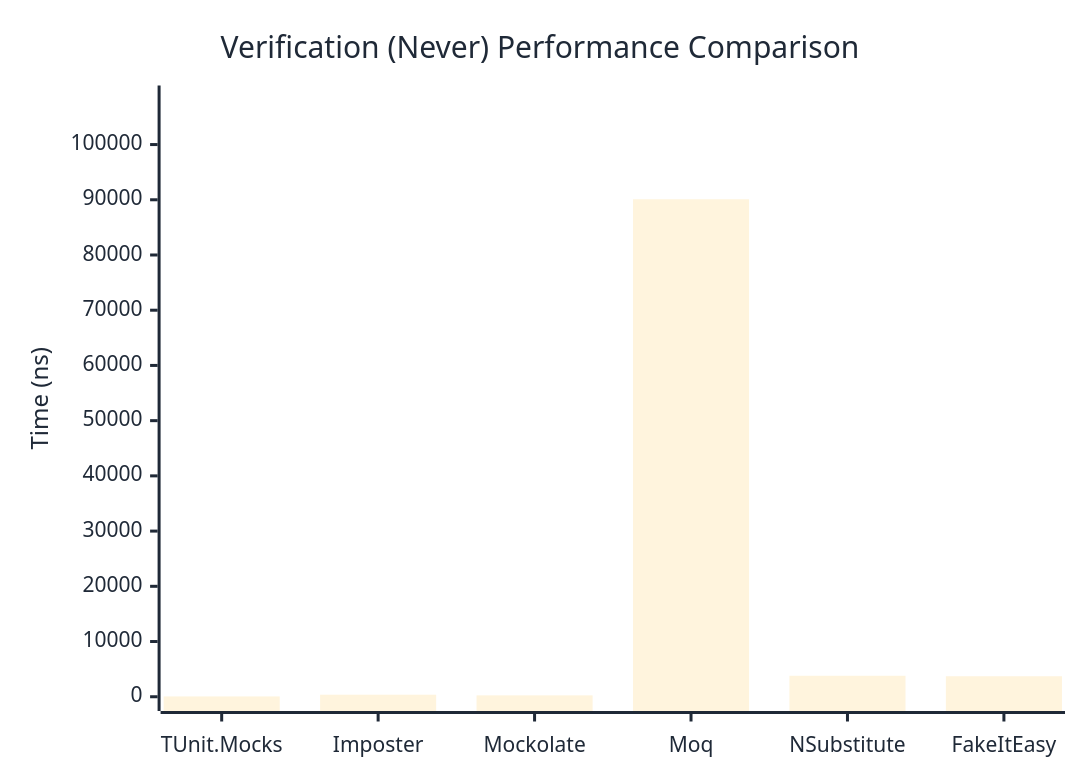
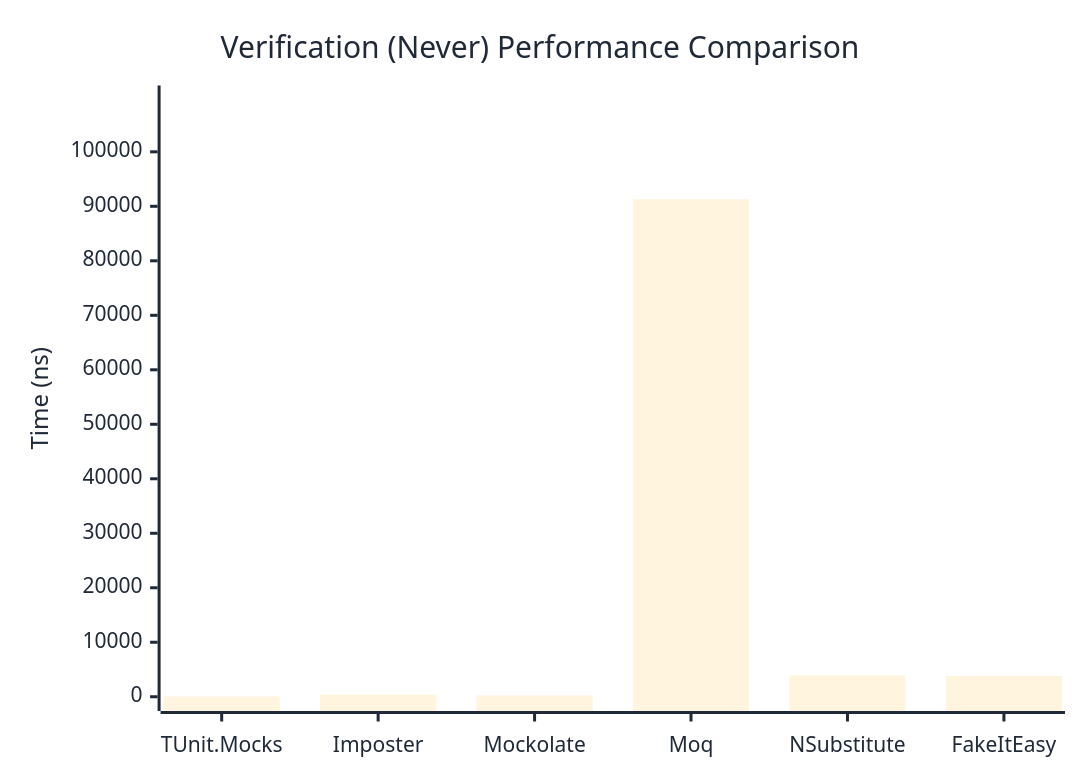
One commit to thomhurst/TUnit changed the second of 3 diagrams in docs/docs/benchmarks/mocks/Verification.md. Above: the diagram before and after it, drawn with Mermaid. The commit also changed other lines of this file and 14 other files, not shown here.

````diff
--- a/docs/docs/benchmarks/mocks/Verification.md
+++ b/docs/docs/benchmarks/mocks/Verification.md
@@ -71,27 +71,27 @@
 ```mermaid
 %%{init: {
   'theme':'base',
   'themeVariables': {
     'primaryColor': '#2563eb',
     'primaryTextColor': '#1f2937',
     'primaryBorderColor': '#1e40af',
     'lineColor': '#6b7280',
     'secondaryColor': '#7c3aed',
     'tertiaryColor': '#dc2626',
     'background': '#ffffff',
     'pie1': '#2563eb',
     'pie2': '#7c3aed',
     'pie3': '#dc2626',
     'pie4': '#f59e0b',
     'pie5': '#10b981',
     'pie6': '#06b6d4',
     'pie7': '#ec4899',
     'pie8': '#6366f1'
   }
 }}%%
 xychart-beta
   title "Verification (Never) Performance Comparison"
   x-axis ["TUnit.Mocks", "Imposter", "Mockolate", "Moq", "NSubstitute", "FakeItEasy"]
-  y-axis "Time (ns)" 0 --> 108114
-  bar [59.04, 369.1, 254.06, 90094.4, 3801.56, 3714.54]
+  y-axis "Time (ns)" 0 --> 109555
+  bar [57.72, 374.86, 256.21, 91295.09, 3910.38, 3795.8]
 ```
````
